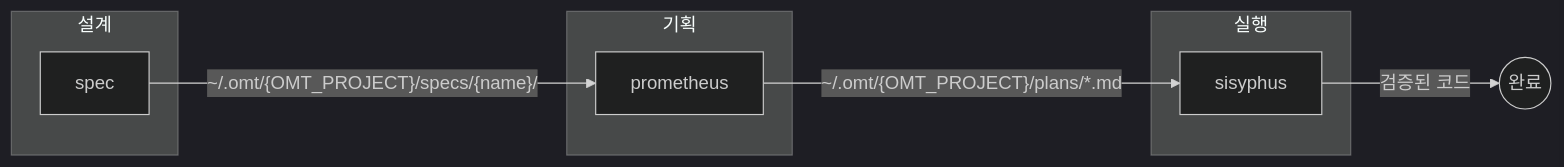
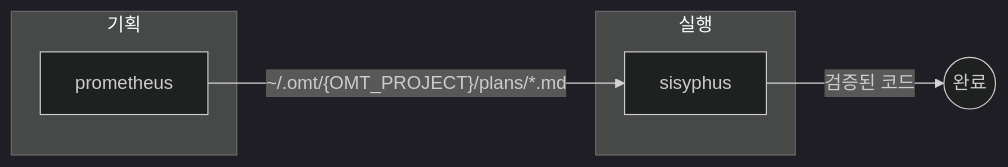
The first of 4 diagrams in README.md (toongri/oh-my-toong-playground), drawn with Mermaid (dark theme) before and after one commit. The commit also changed other lines of this file and 1 other file, not shown here.

First line of the commit message:
docs: README spec 제거·스킬 카탈로그 현행화

````diff
--- a/README.md
+++ b/README.md
@@ -68,16 +67,12 @@
 ```mermaid
 flowchart LR
-    subgraph 설계
-        spec["spec"]
-    end
     subgraph 기획
         prometheus["prometheus"]
     end
     subgraph 실행
         sisyphus["sisyphus"]
     end
 
-    spec -->|"~/.omt/{OMT_PROJECT}/specs/{name}/"| prometheus
     prometheus -->|"~/.omt/{OMT_PROJECT}/plans/*.md"| sisyphus
     sisyphus -->|"검증된 코드"| Done((완료))
 ```
````
